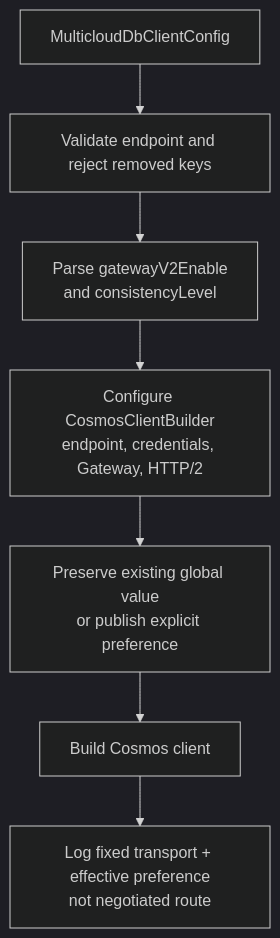
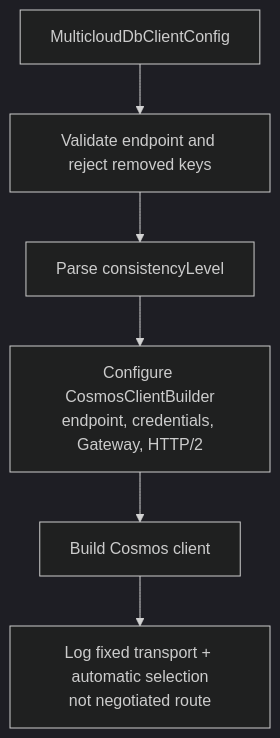
One commit to allenkim0129/multiclouddb-sdk-for-java changed the third of 4 diagrams in specs/feat/cosmos-gateway-defaults/design.md. Above: the diagram before and after it, drawn with Mermaid (dark theme). The commit also changed other lines of this file and 17 other files, not shown here.

First line of the commit message:
fix(cosmos): delegate Gateway version selection

````diff
--- a/specs/feat/cosmos-gateway-defaults/design.md
+++ b/specs/feat/cosmos-gateway-defaults/design.md
@@ -152,17 +116,15 @@
 ```mermaid
 flowchart TD
     Config["MulticloudDbClientConfig"]
     Validate["Validate endpoint and reject removed keys"]
-    Parse["Parse gatewayV2Enable<br/>and consistencyLevel"]
+    Parse["Parse consistencyLevel"]
     Builder["Configure CosmosClientBuilder<br/>endpoint, credentials, Gateway, HTTP/2"]
-    Resolve["Preserve existing global value<br/>or publish explicit preference"]
     Build["Build Cosmos client"]
-    Log["Log fixed transport + effective preference<br/>not negotiated route"]
+    Log["Log fixed transport + automatic selection<br/>not negotiated route"]
 
     Config --> Validate
     Validate --> Parse
     Parse --> Builder
-    Builder --> Resolve
-    Resolve --> Build
+    Builder --> Build
     Build --> Log
 ```
````
